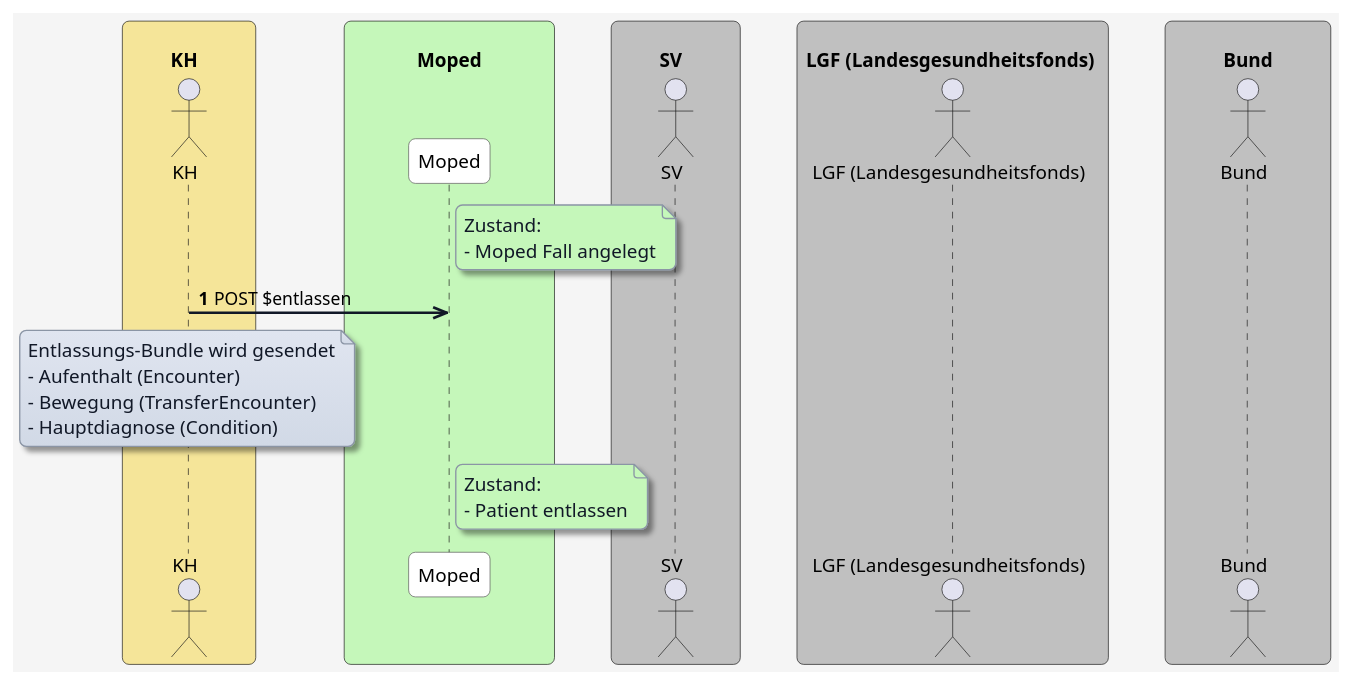
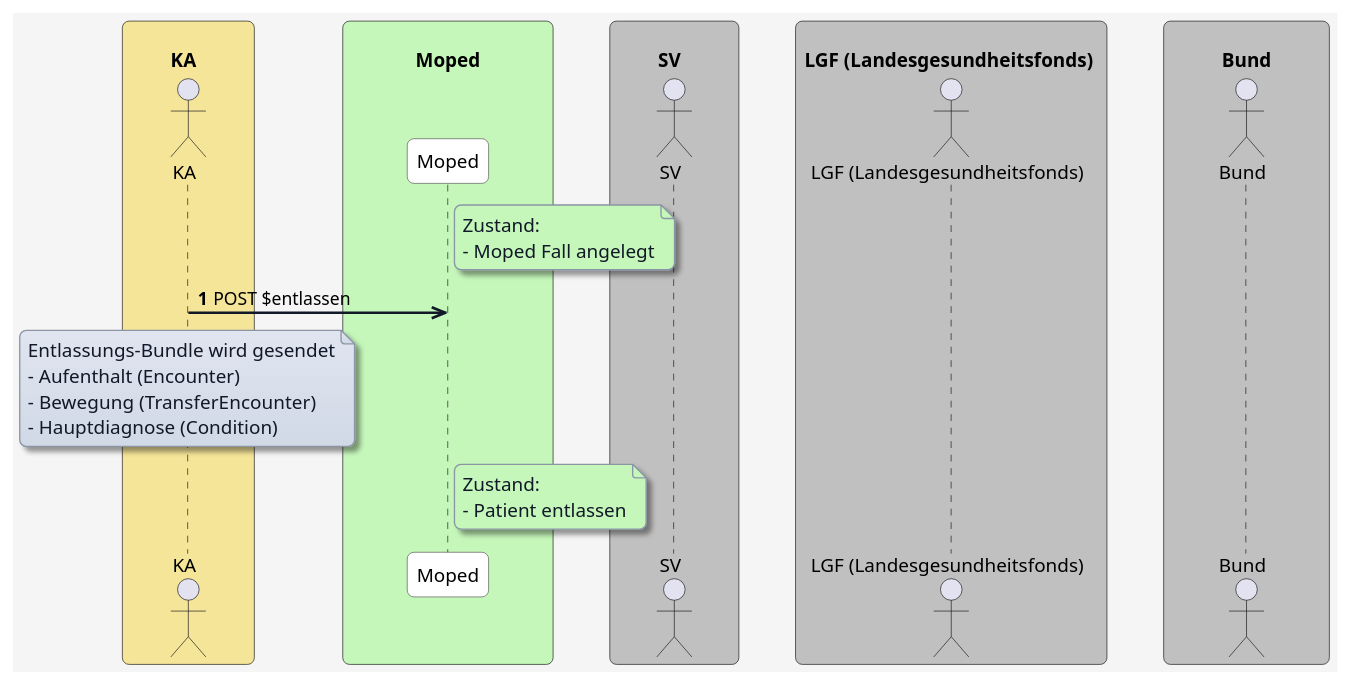
One commit to HL7Austria/ELGA-MOPED-R5 changed the diagram in plantuml/moped-fall-entlassung/entlassen-generisch.plantuml. Above: the diagram before and after it, drawn with PlantUML. The commit also changed 184 other files, not shown here.

```diff
--- a/plantuml/moped-fall-entlassung/entlassen-generisch.plantuml
+++ b/plantuml/moped-fall-entlassung/entlassen-generisch.plantuml
@@ -1,82 +1,82 @@
 @startuml
 skinparam borderColor #000000
 skinparam backgroundColor #f5f5f5
 skinparam shadowing false
 skinparam roundCorner 10
 skinparam defaultFontName "Arial"
 skinparam defaultFontSize 14
 skinparam defaultFontColor #000000
 
 skinparam note {
   BackgroundColor #e0e5f0-#d1d9e6
   BorderColor #8b95a5
   BorderThickness 1
   RoundCorner 8
   Padding 6
   FontColor #111827
   Shadowing true
 }
 
 skinparam HyperlinkColor #0000EE
 skinparam HyperlinkUnderline false
 
 skinparam sequence {
   ParticipantBorderColor #555555
   ParticipantBackgroundColor #ffffff
   ParticipantFontColor #000000
   ParticipantFontSize 14
   ParticipantPadding 20
   ArrowColor #111827
   ArrowThickness 2
   ArrowFontColor #000000
   ArrowFontSize 13
   GroupBorderColor #111827
   GroupBackgroundColor #f3f4f6
   GroupBorderThickness 1
 }
 
 skinparam BoxPadding 20
 skinparam BoxBorderColor #555555
 
-box "\n         KH           " #f5e599
-  actor KH as "KH"
+box "\n         KA           " #f5e599
+  actor KA as "KA"
 end box
 
 box "\n              Moped              " #c5f7ba
   participant MP as "Moped"
 end box
 
 box "\n         SV           " #c0c0c0
   actor SV as "SV"
 end box
 
 box "\n LGF (Landesgesundheitsfonds)  " #c0c0c0
   actor LGF as "LGF (Landesgesundheitsfonds)"
 end box
 
 box "\n           Bund           " #c0c0c0
   actor Bund as "Bund"
 end box
 
 autonumber
 
 note right of MP #c5f7ba
 Zustand:
 - Moped Fall angelegt
 end note
 
-KH ->> MP: POST $entlassen
+KA ->> MP: POST $entlassen
 
-note over KH
+note over KA
 Entlassungs-Bundle wird gesendet
 - Aufenthalt (Encounter)
 - Bewegung (TransferEncounter)
 - Hauptdiagnose (Condition)
 end note
 
 note right of MP #c5f7ba
 Zustand:
 - Patient entlassen
 end note
 
 @enduml
```
